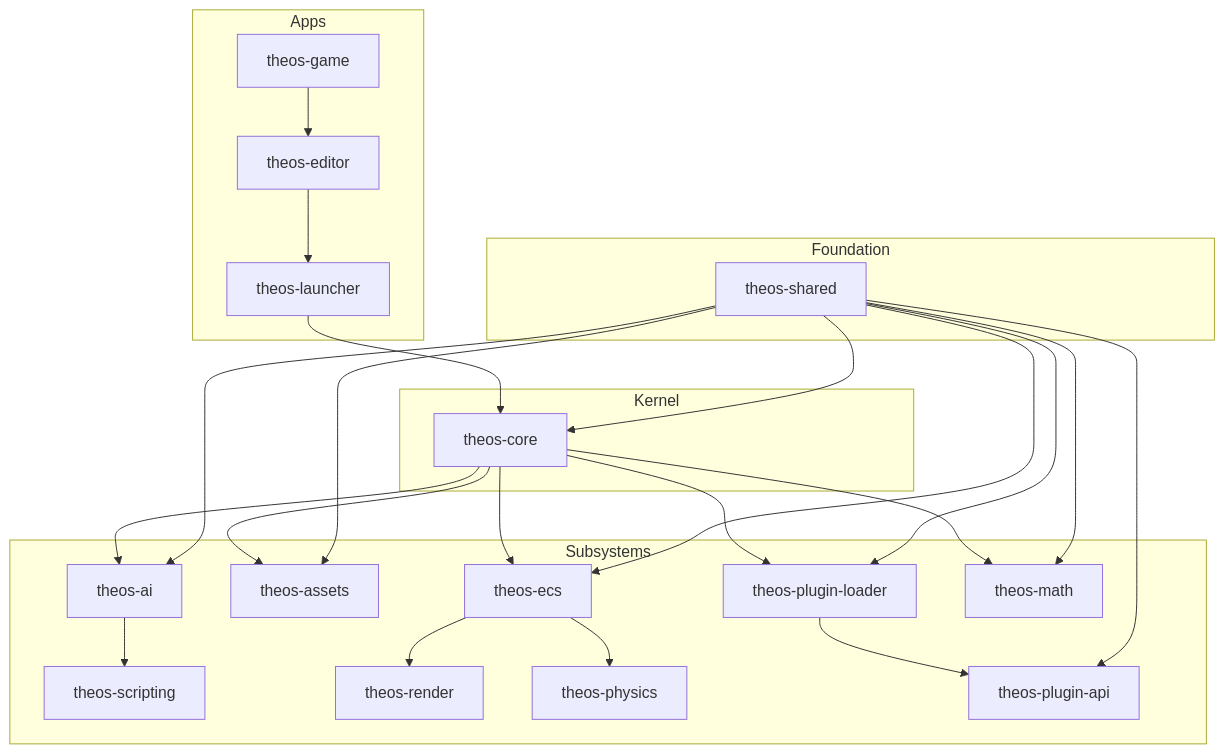
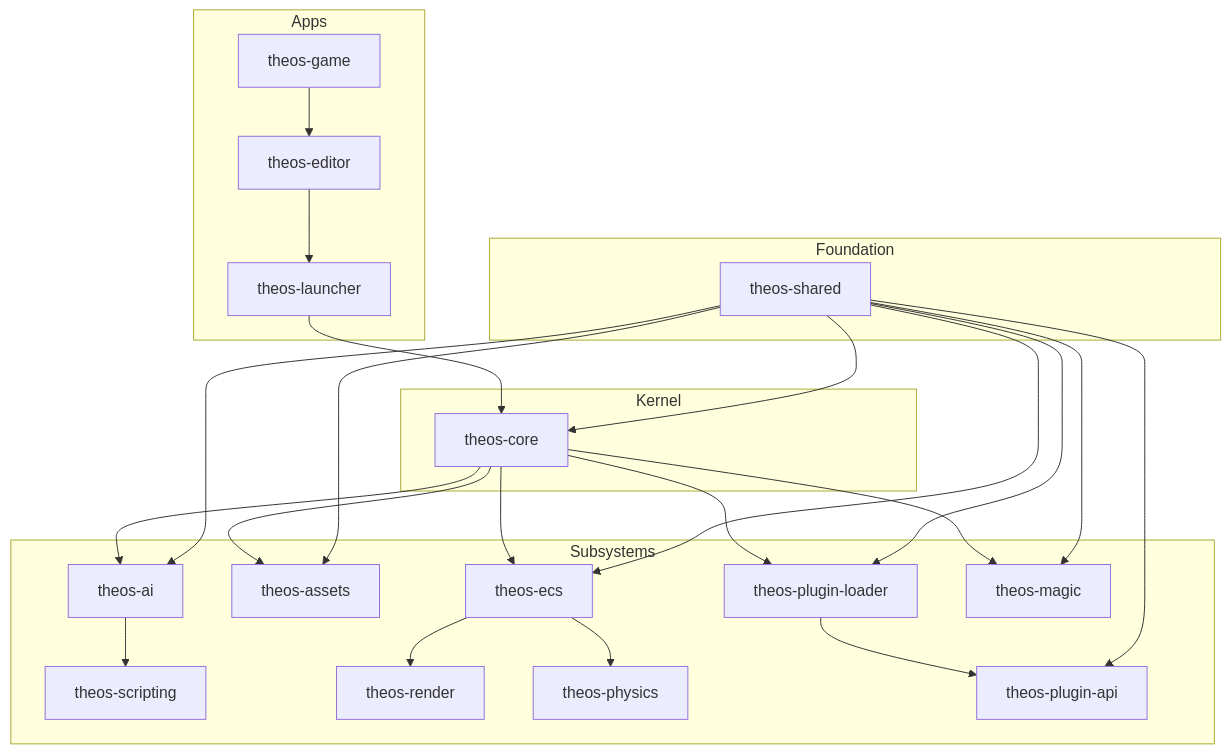
Before and after one commit to FPGSchiba/theos-engine: the diagram in README.md, drawn with Mermaid. The commit also changed other lines of this file and 16 other files, not shown here.

First line of the commit message:
feat(THEOS-148): add theos-magic crate + HarmonicToken seam; adopt glam

````diff
--- a/README.md
+++ b/README.md
@@ -19,49 +19,49 @@
 ```mermaid
 flowchart TB
     subgraph Apps
         game[theos-game]
         editor[theos-editor]
         launcher[theos-launcher]
     end
 
     subgraph Kernel
         core[theos-core]
     end
 
     subgraph Subsystems
         ecs[theos-ecs]
         assets[theos-assets]
         ai[theos-ai]
         scripting[theos-scripting]
         render[theos-render]
         physics[theos-physics]
         plugin_loader[theos-plugin-loader]
         plugin_api[theos-plugin-api]
-        math[theos-math]
+        magic[theos-magic]
     end
 
     subgraph Foundation
         shared[theos-shared]
     end
 
     game --> editor --> launcher --> core
 
     core --> ecs
     core --> assets
     core --> ai
     core --> plugin_loader
-    core --> math
+    core --> magic
 
     ai --> scripting
     ecs --> render
     ecs --> physics
     plugin_loader --> plugin_api
 
     shared --> core
     shared --> ecs
     shared --> assets
     shared --> ai
     shared --> plugin_loader
     shared --> plugin_api
-    shared --> math
+    shared --> magic
 ```
````
